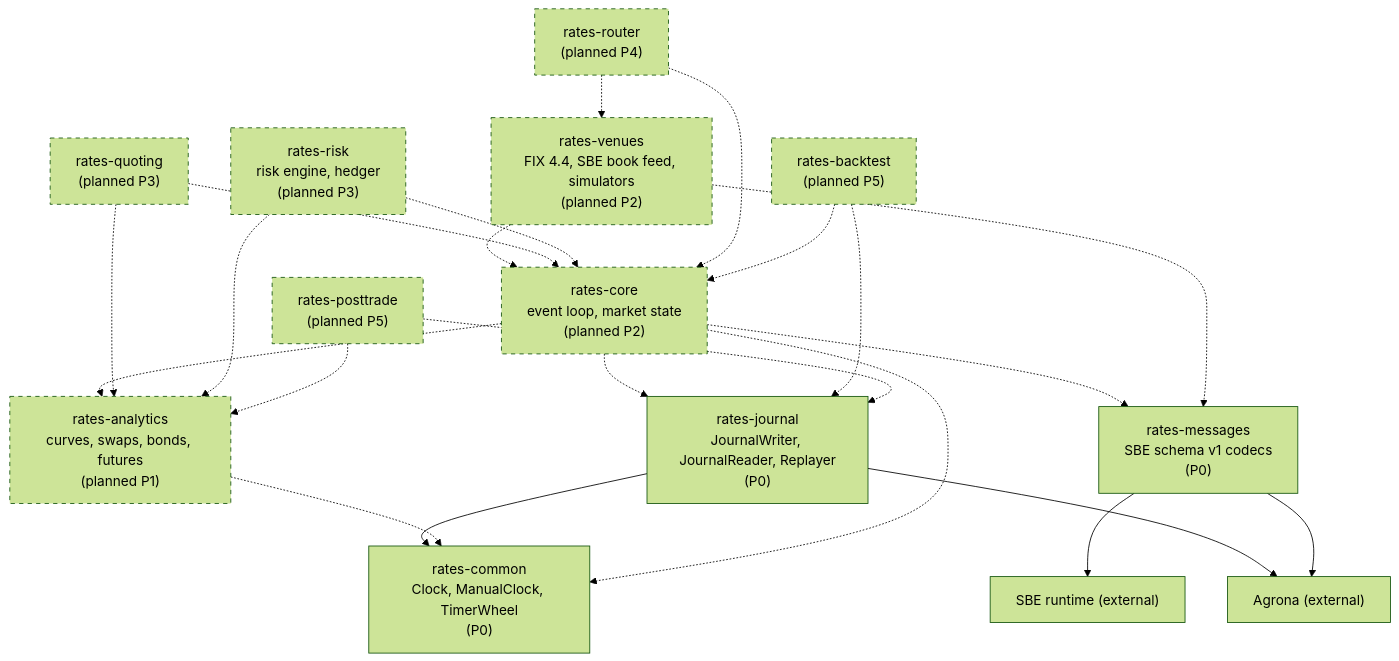
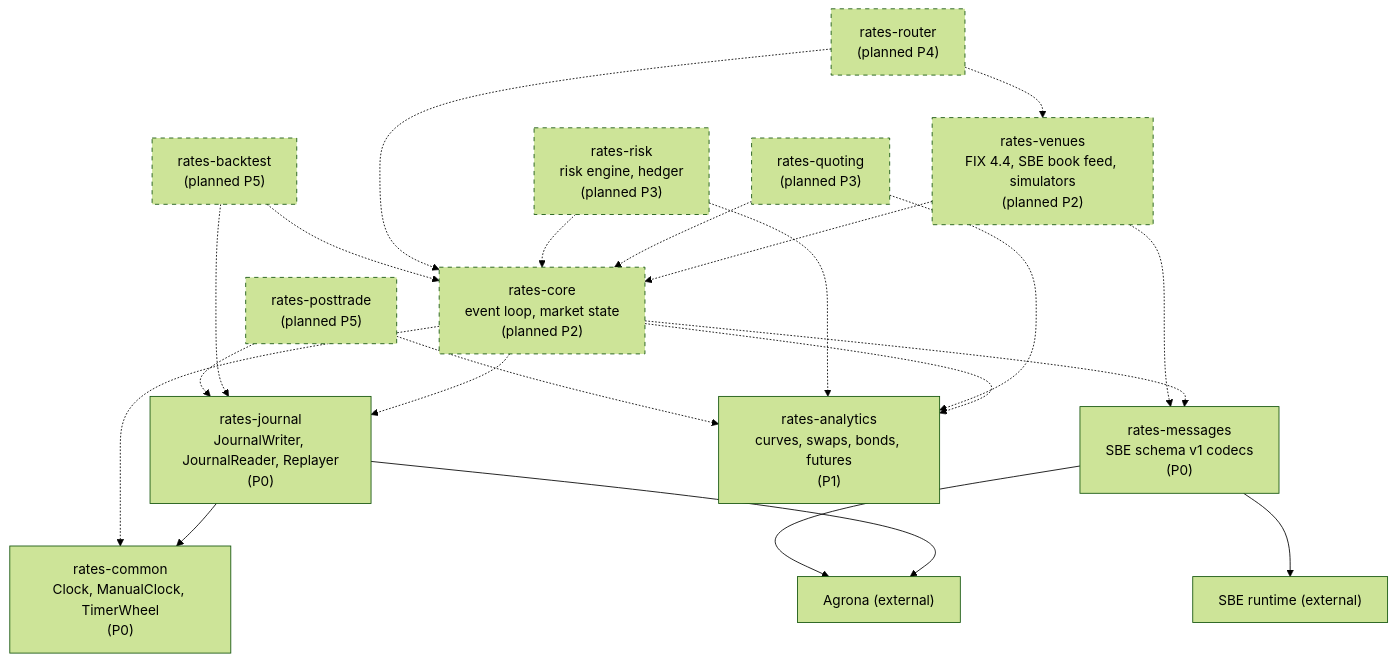
One commit to AshJha0/rates-algo-trading changed the diagram in docs/diagrams/module_deps.mmd. Above: the diagram before and after it, drawn with Mermaid (forest theme). The commit also changed 12 other files, not shown here.

Commit message:
docs(analytics): LEARN 2 to 5, COOKBOOK 4 to 9, API_SPEC 5 to 8, DR-P1-01 to 09, status, changelog, curve diagram

```diff
--- a/docs/diagrams/module_deps.mmd
+++ b/docs/diagrams/module_deps.mmd
@@ -1,41 +1,40 @@
 graph TD
   common["rates-common<br/>Clock, ManualClock, TimerWheel<br/>(P0)"]
   messages["rates-messages<br/>SBE schema v1 codecs<br/>(P0)"]
   journal["rates-journal<br/>JournalWriter, JournalReader, Replayer<br/>(P0)"]
   agrona["Agrona (external)"]
   sbe["SBE runtime (external)"]
 
-  analytics["rates-analytics<br/>curves, swaps, bonds, futures<br/>(planned P1)"]
+  analytics["rates-analytics<br/>curves, swaps, bonds, futures<br/>(P1)"]
   core["rates-core<br/>event loop, market state<br/>(planned P2)"]
   venues["rates-venues<br/>FIX 4.4, SBE book feed, simulators<br/>(planned P2)"]
   quoting["rates-quoting<br/>(planned P3)"]
   risk["rates-risk<br/>risk engine, hedger<br/>(planned P3)"]
   router["rates-router<br/>(planned P4)"]
   backtest["rates-backtest<br/>(planned P5)"]
   posttrade["rates-posttrade<br/>(planned P5)"]
 
   journal --> common
   journal --> agrona
   messages --> sbe
   messages --> agrona
 
-  analytics -.-> common
   core -.-> common
   core -.-> messages
   core -.-> journal
   core -.-> analytics
   venues -.-> messages
   venues -.-> core
   quoting -.-> core
   quoting -.-> analytics
   risk -.-> core
   risk -.-> analytics
   router -.-> core
   router -.-> venues
   backtest -.-> journal
   backtest -.-> core
   posttrade -.-> journal
   posttrade -.-> analytics
 
   classDef planned stroke-dasharray: 5 5
-  class analytics,core,venues,quoting,risk,router,backtest,posttrade planned
+  class core,venues,quoting,risk,router,backtest,posttrade planned
```
